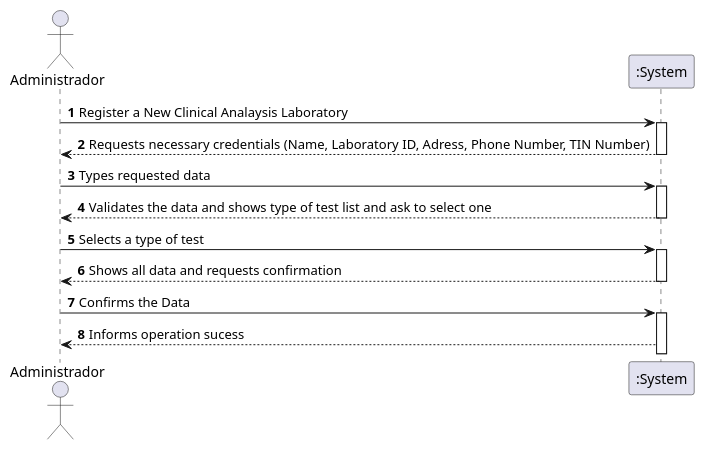
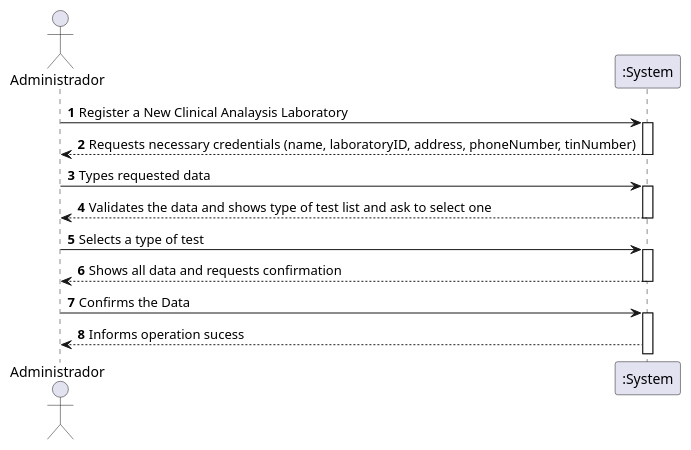
The diagram in docs/SprintB/US8/UC8_SSD.puml (GuilhermeCunha79/lapr2), drawn with PlantUML before and after one commit. The commit also changed 6 other files, not shown here.

Commit message:
[US-8] Update US8_Update ClinicalAnalysisLaboratoryTest Update Engineering Requisitis and all Diagrams

```diff
--- a/docs/SprintB/US8/UC8_SSD.puml
+++ b/docs/SprintB/US8/UC8_SSD.puml
@@ -1,26 +1,26 @@
 @startuml
 autonumber
 'hide footbox
 actor "Administrador" as ADMIN
 
 participant ":System" as SYSTEM
 
 ADMIN -> SYSTEM : Register a New Clinical Analaysis Laboratory
 activate SYSTEM
-SYSTEM --> ADMIN : Requests necessary credentials (Name, Laboratory ID, Adress, Phone Number, TIN Number)
+SYSTEM --> ADMIN : Requests necessary credentials (name, laboratoryID, address, phoneNumber, tinNumber)
 deactivate SYSTEM
 
 ADMIN -> SYSTEM : Types requested data
 activate SYSTEM
 SYSTEM --> ADMIN : Validates the data and shows type of test list and ask to select one
 deactivate SYSTEM
 
 ADMIN -> SYSTEM : Selects a type of test
 activate SYSTEM
 SYSTEM --> ADMIN : Shows all data and requests confirmation
 deactivate SYSTEM
 ADMIN -> SYSTEM : Confirms the Data
 activate SYSTEM
 SYSTEM --> ADMIN : Informs operation sucess
 
 @enduml
```
